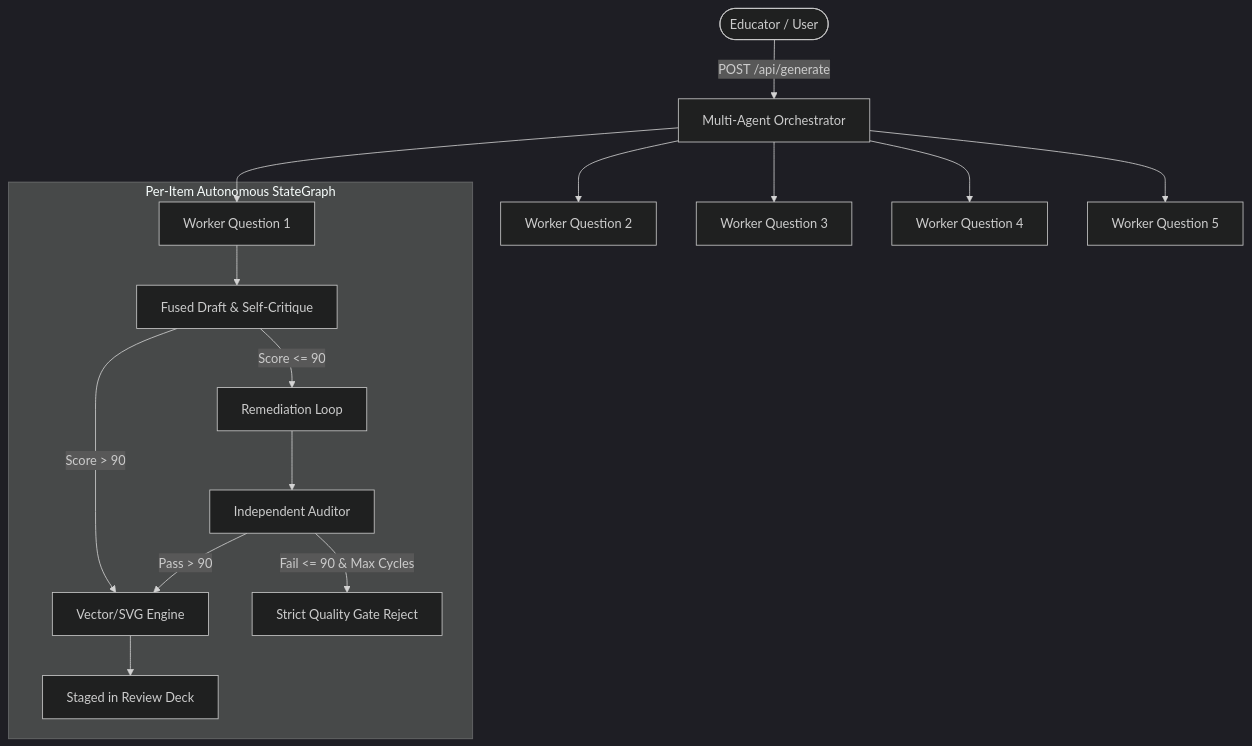
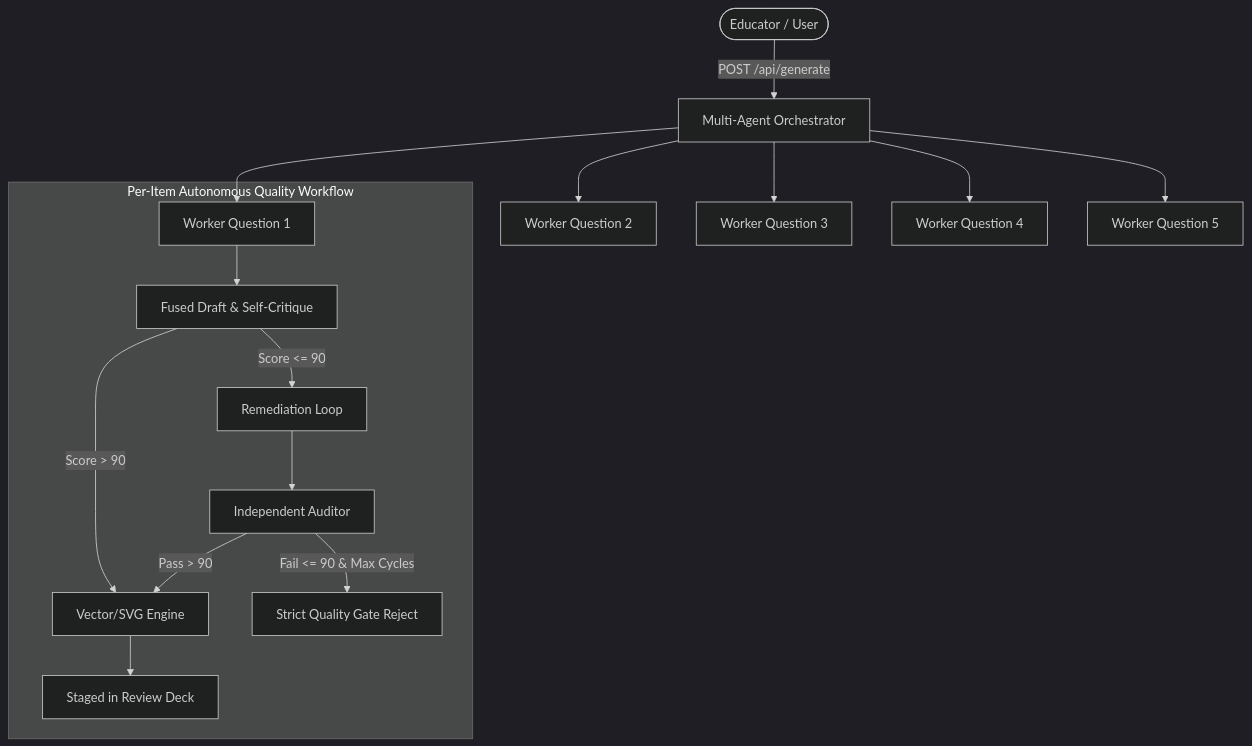
One commit to VishwamPatel-Infynno/Question-Bank-Generator changed the diagram in docs/CLIENT_SYSTEM_AND_WORKFLOW_GUIDE.md. Above: the diagram before and after it, drawn with Mermaid (dark theme). The commit also changed 19 other files, not shown here.

````diff
--- a/docs/CLIENT_SYSTEM_AND_WORKFLOW_GUIDE.md
+++ b/docs/CLIENT_SYSTEM_AND_WORKFLOW_GUIDE.md
@@ -82,19 +82,19 @@
 ```mermaid
 graph TD
     User([Educator / User]) -->|POST /api/generate| Engine[Multi-Agent Orchestrator]
     Engine --> Worker1[Worker Question 1]
     Engine --> Worker2[Worker Question 2]
     Engine --> Worker3[Worker Question 3]
     Engine --> Worker4[Worker Question 4]
     Engine --> Worker5[Worker Question 5]
 
-    subgraph "Per-Item Autonomous StateGraph"
+    subgraph "Per-Item Autonomous Quality Workflow"
         Worker1 --> Fused[Fused Draft & Self-Critique]
         Fused -->|Score > 90| ImageGen[Vector/SVG Engine]
         Fused -->|Score <= 90| Remediation[Remediation Loop]
         Remediation --> Auditor[Independent Auditor]
         Auditor -->|Pass > 90| ImageGen
         Auditor -->|Fail <= 90 & Max Cycles| Reject[Strict Quality Gate Reject]
         ImageGen --> Staged[Staged in Review Deck]
     end
 ```
````
